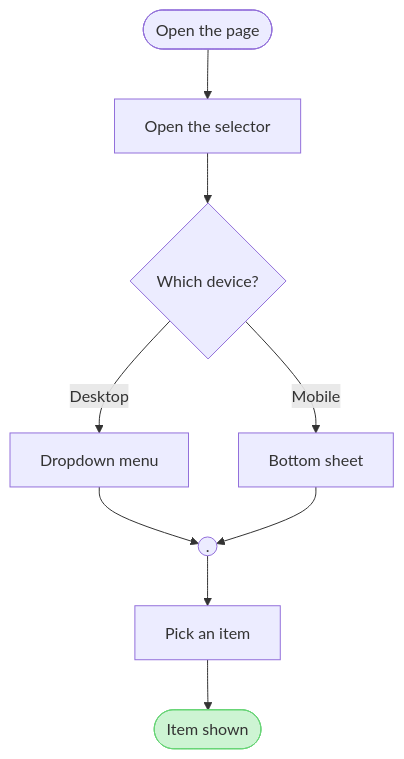
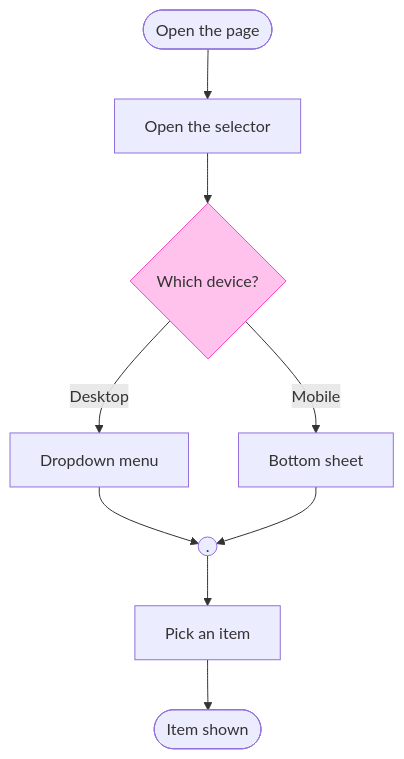
Before and after one commit to MichelKerkmeester/product-owner_create-tickets-and-stories: the third of 6 diagrams in sk-create-figjam/assets/flow-templates.md, drawn with Mermaid. The commit also changed other lines of this file and 51 other files, not shown here.

````diff
--- a/sk-create-figjam/assets/flow-templates.md
+++ b/sk-create-figjam/assets/flow-templates.md
@@ -86,12 +90,13 @@
 ```mermaid
 flowchart TD
+    %% goal: done
     start([Open the page]) --> open[Open the selector]
     open --> device{Which device?}
     device -->|Desktop| menu[Dropdown menu]
     device -->|Mobile| sheet[Bottom sheet]
     menu --> merge((.))
     sheet --> merge
     merge --> pick[Pick an item]
     pick --> done([Item shown])
-    style done fill:#CDF4D3,stroke:#66D575
+    style device fill:#FFC2EC,stroke:#F849C1
 ```
````
